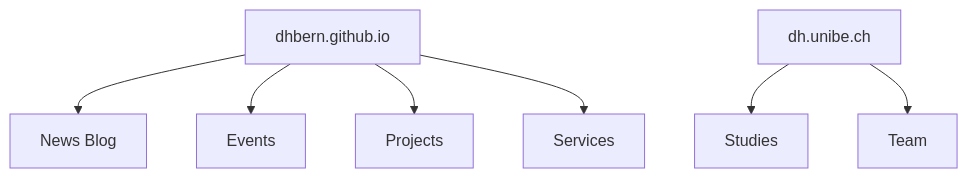
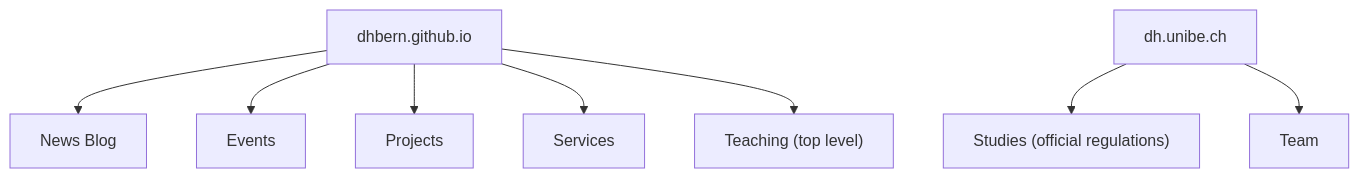
Before and after one commit to DHBern/dhbern.github.io: the first of 2 diagrams in README.md, drawn with Mermaid. The commit also changed other lines of this file and 119 other files, not shown here.

````diff
--- a/README.md
+++ b/README.md
@@ -24,10 +46,11 @@
 ```mermaid
 graph TD
   A["dhbern.github.io"] --> A1["News Blog"]
   A --> A2["Events"]
   A --> A3["Projects"]
   A --> A4["Services"]
+  A --> A5["Teaching (top level)"]
 
-  B["dh.unibe.ch"] --> B1["Studies"]
+  B["dh.unibe.ch"] --> B1["Studies (official regulations)"]
   B --> B2["Team"]
 ```
````
